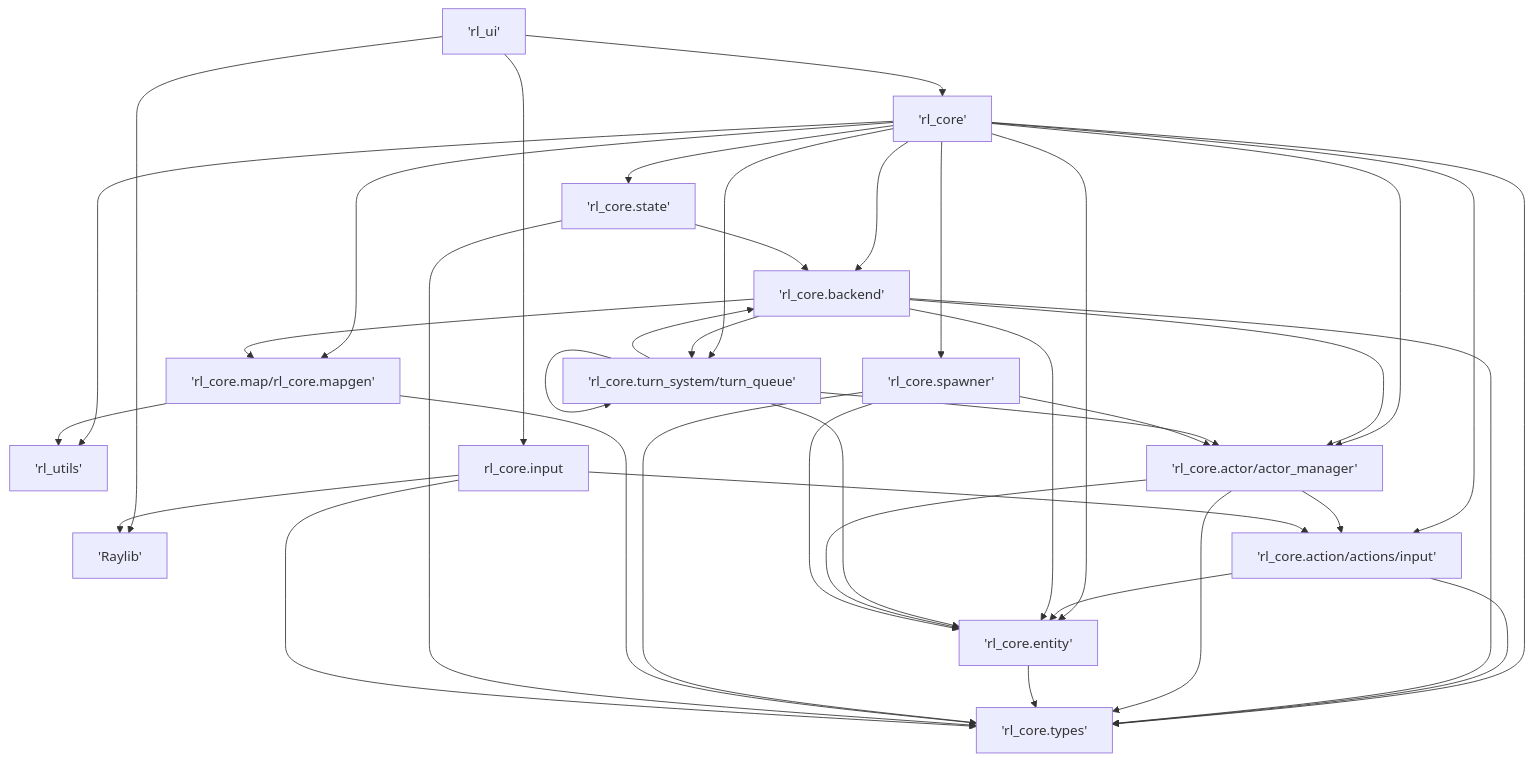
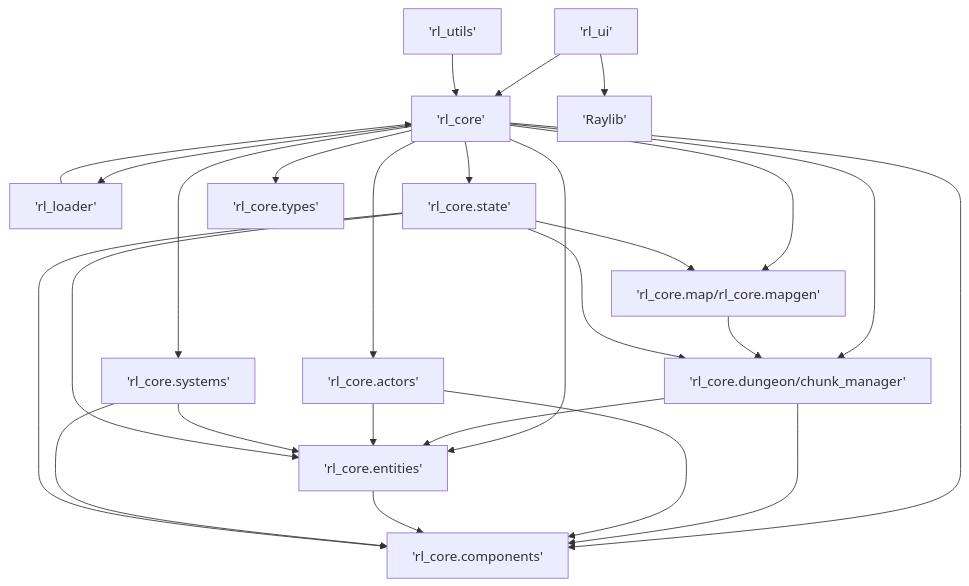
Before and after one commit to HexSleeves/EchosInTheDark: the first of 3 diagrams in docs/project_structure.md, drawn with Mermaid. The commit also changed other lines of this file and 3 other files, not shown here.

````diff
--- a/docs/project_structure.md
+++ b/docs/project_structure.md
@@ -9,56 +32,42 @@
 ```mermaid
 flowchart TD
     UI['rl_ui']
     RLCore['rl_core']
     Raylib['Raylib']
     RLUtils['rl_utils']
+    RLLoader['rl_loader']
     RLCoreMap['rl_core.map/rl_core.mapgen']
-    RLCoreActions['rl_core.action/actions/input']
-    RLCoreBackend['rl_core.backend']
-    RLCoreTurn['rl_core.turn_system/turn_queue']
-    RLCoreActor['rl_core.actor/actor_manager']
-    RLCoreEntity['rl_core.entity']
+    RLCoreChunk['rl_core.dungeon/chunk_manager']
+    RLCoreActors['rl_core.actors']
+    RLCoreEntities['rl_core.entities']
+    RLCoreComponents['rl_core.components']
+    RLCoreSystems['rl_core.systems']
     RLCoreState['rl_core.state']
     RLCoreTypes['rl_core.types']
-    RLCoreSpawner['rl_core.spawner']
 
     UI --> RLCore
     UI --> Raylib
-    RLCore --> RLCoreActions
-    RLCore --> RLCoreBackend
-    RLCore --> RLCoreTurn
-    RLCore --> RLCoreActor
-    RLCore --> RLCoreEntity
+    RLCore --> RLCoreActors
+    RLCore --> RLCoreEntities
+    RLCore --> RLCoreComponents
+    RLCore --> RLCoreSystems
+    RLCore --> RLCoreMap
+    RLCore --> RLCoreChunk
     RLCore --> RLCoreState
     RLCore --> RLCoreTypes
-    RLCore --> RLCoreSpawner
-    RLCore --> RLCoreMap
-    RLCore --> RLUtils
-    RLCoreActions --> RLCoreTypes
-    RLCoreActions --> RLCoreEntity
-    RLCoreBackend --> RLCoreActor
-    RLCoreBackend --> RLCoreEntity
-    RLCoreBackend --> RLCoreTurn
-    RLCoreBackend --> RLCoreMap
-    RLCoreBackend --> RLCoreTypes
-    RLCoreTurn --> RLCoreActor
-    RLCoreTurn --> RLCoreTurn
-    RLCoreTurn --> RLCoreEntity
-    RLCoreTurn --> RLCoreBackend
-    RLCoreActor --> RLCoreTypes
-    RLCoreActor --> RLCoreEntity
-    RLCoreActor --> RLCoreActions
-    RLCoreEntity --> RLCoreTypes
-    RLCoreSpawner --> RLCoreEntity
-    RLCoreSpawner --> RLCoreActor
-    RLCoreSpawner --> RLCoreTypes
-    RLCoreMap --> RLCoreTypes
-    RLCoreMap --> RLUtils
-    RLCoreState --> RLCoreBackend
-    RLCoreState --> RLCoreTypes
-    RLCoreInput[rl_core.input]
-    UI --> RLCoreInput
-    RLCoreInput --> RLCoreActions
-    RLCoreInput --> RLCoreTypes
-    RLCoreInput --> Raylib
+    RLCore --> RLLoader
+    RLCoreMap --> RLCoreChunk
+    RLCoreChunk --> RLCoreEntities
+    RLCoreChunk --> RLCoreComponents
+    RLCoreActors --> RLCoreEntities
+    RLCoreActors --> RLCoreComponents
+    RLCoreEntities --> RLCoreComponents
+    RLCoreSystems --> RLCoreEntities
+    RLCoreSystems --> RLCoreComponents
+    RLCoreState --> RLCoreEntities
+    RLCoreState --> RLCoreComponents
+    RLCoreState --> RLCoreChunk
+    RLCoreState --> RLCoreMap
+    RLLoader --> RLCore
+    RLUtils --> RLCore
 ```
````
